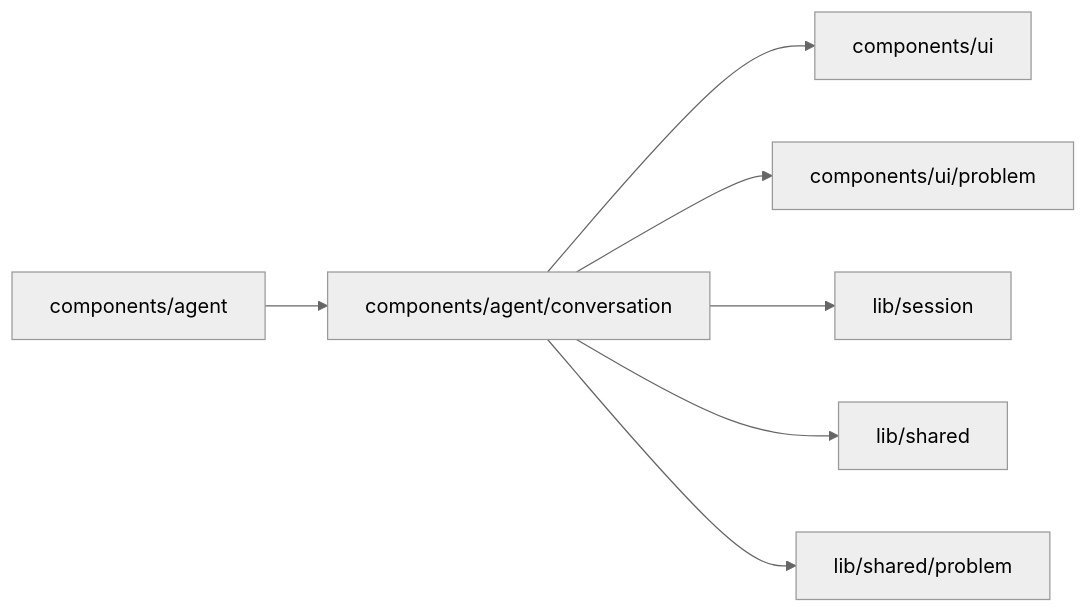
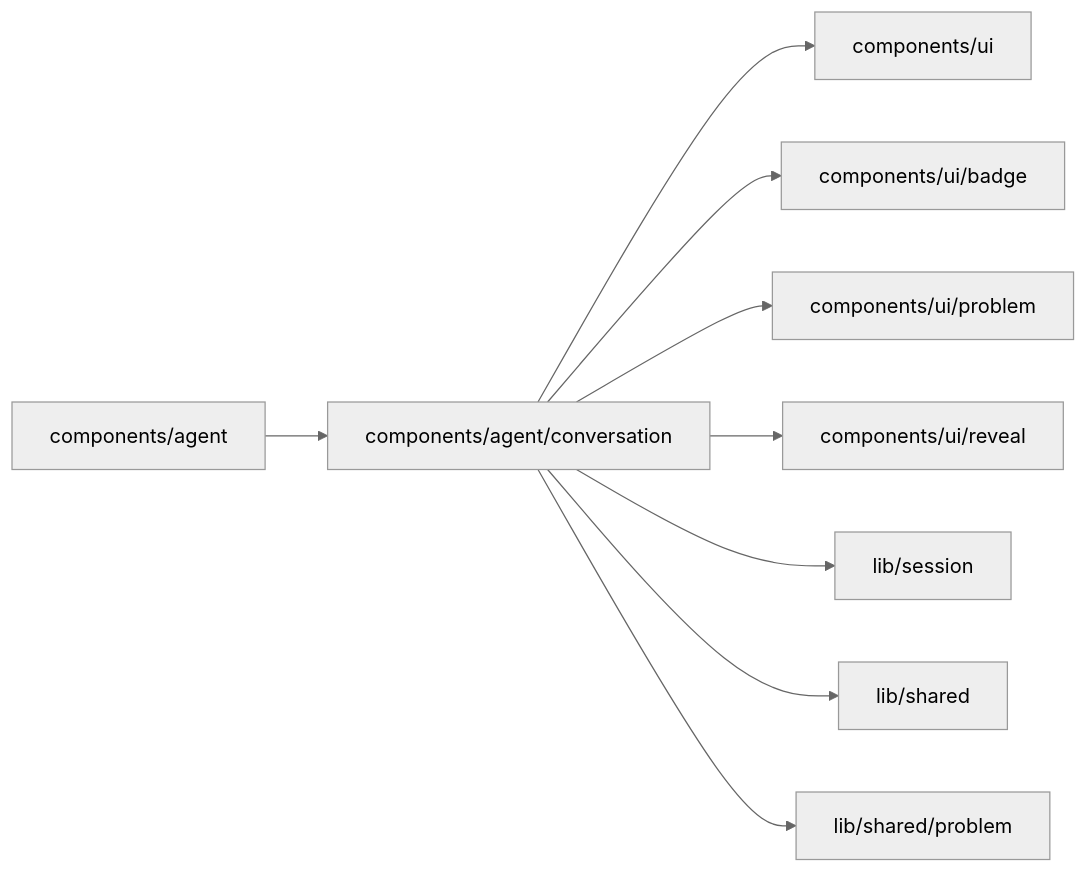
One commit to superdurable/superverse changed the diagram in web/studio/components/agent/conversation/README.md. Above: the diagram before and after it, drawn with Mermaid (neutral theme). The commit also changed other lines of this file and 278 other files, not shown here.

````diff
--- a/web/studio/components/agent/conversation/README.md
+++ b/web/studio/components/agent/conversation/README.md
@@ -10,10 +10,12 @@
 ```mermaid
 flowchart LR
   self["components/agent/conversation"]
   c0["components/agent"] --> self
   self --> d0["components/ui"]
-  self --> d1["components/ui/problem"]
-  self --> d2["lib/session"]
-  self --> d3["lib/shared"]
-  self --> d4["lib/shared/problem"]
+  self --> d1["components/ui/badge"]
+  self --> d2["components/ui/problem"]
+  self --> d3["components/ui/reveal"]
+  self --> d4["lib/session"]
+  self --> d5["lib/shared"]
+  self --> d6["lib/shared/problem"]
 ```
````
